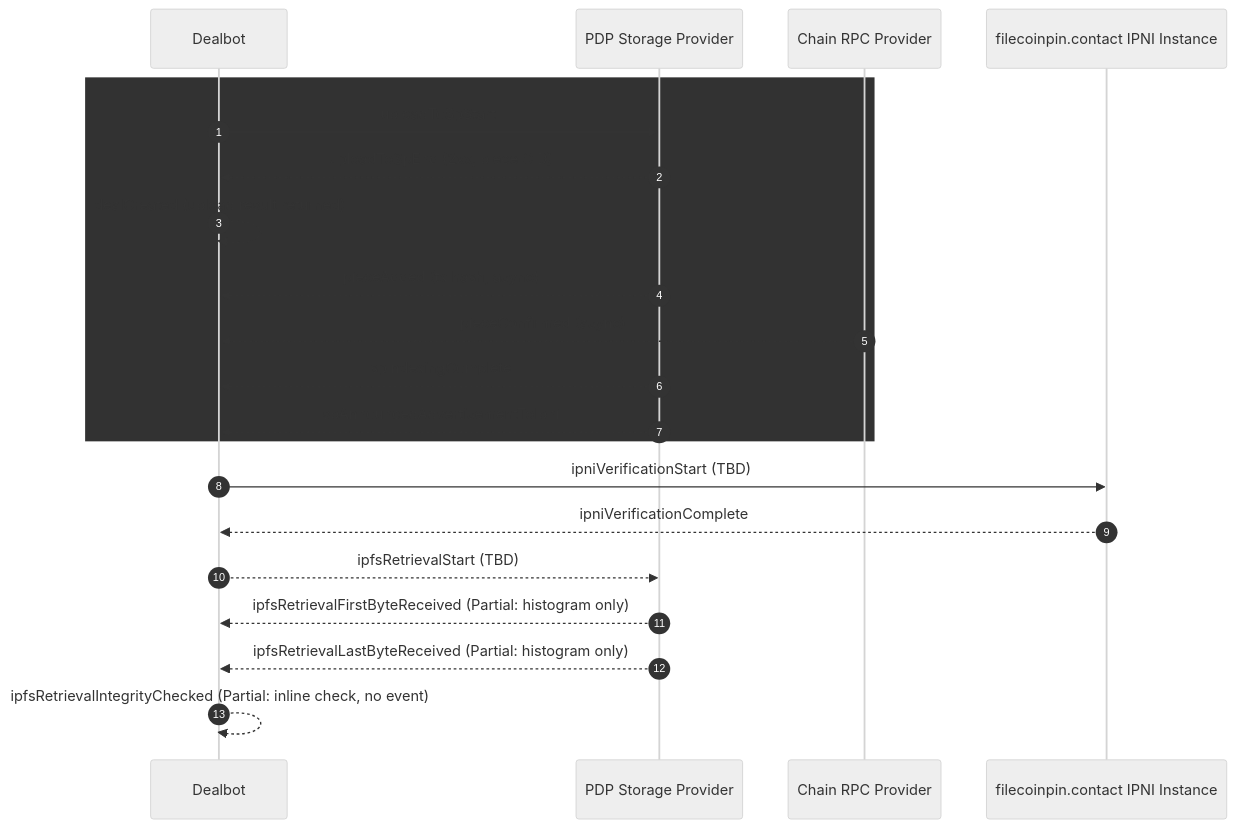
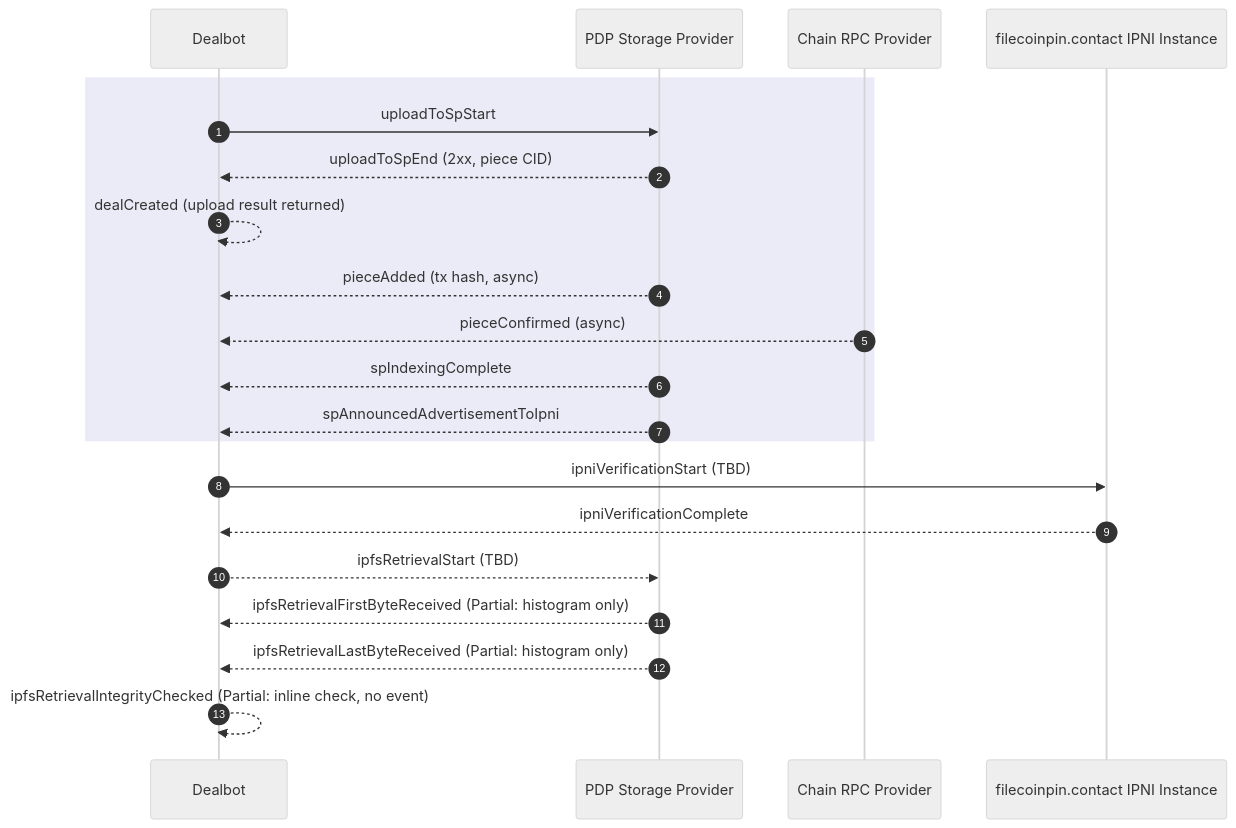
One commit to FilOzone/dealbot changed the diagram in docs/checks/events-and-metrics.md. Above: the diagram before and after it, drawn with Mermaid (neutral theme).

Commit message:
docs(checks): fix unreadable Mermaid rect fill in event timeline
The 'Data Storage Only' rect used rgb(50, 50, 50), which renders as a
near-black block that hides the message labels and arrows inside it
(both on GitHub light/dark themes). Switch to a translucent
rgba(120, 120, 200, 0.15) so the highlight is visible without
obscuring content.

````diff
--- a/docs/checks/events-and-metrics.md
+++ b/docs/checks/events-and-metrics.md
@@ -13,26 +13,26 @@
 ```mermaid
 sequenceDiagram
   autonumber
   participant Dealbot
   participant SP as PDP Storage Provider
   participant RPC as Chain RPC Provider
   participant IPNI as filecoinpin.contact IPNI Instance
 
-  rect rgb(50, 50, 50)
+  rect rgba(120, 120, 200, 0.15)
     %% Data Storage Only
     Dealbot->>SP: uploadToSpStart
     SP-->>Dealbot: uploadToSpEnd (2xx, piece CID)
     Dealbot-->>Dealbot: dealCreated (upload result returned)
     SP-->>Dealbot: pieceAdded (tx hash, async)
     RPC-->>Dealbot: pieceConfirmed (async)
     SP-->>Dealbot: spIndexingComplete
     SP-->>Dealbot: spAnnouncedAdvertisementToIpni
   end
 
   Dealbot->>IPNI: ipniVerificationStart (TBD)
   IPNI-->>Dealbot: ipniVerificationComplete
   Dealbot-->>SP: ipfsRetrievalStart (TBD)
   SP-->>Dealbot: ipfsRetrievalFirstByteReceived (Partial: histogram only)
   SP-->>Dealbot: ipfsRetrievalLastByteReceived (Partial: histogram only)
   Dealbot-->>Dealbot: ipfsRetrievalIntegrityChecked (Partial: inline check, no event)
 ```
````
